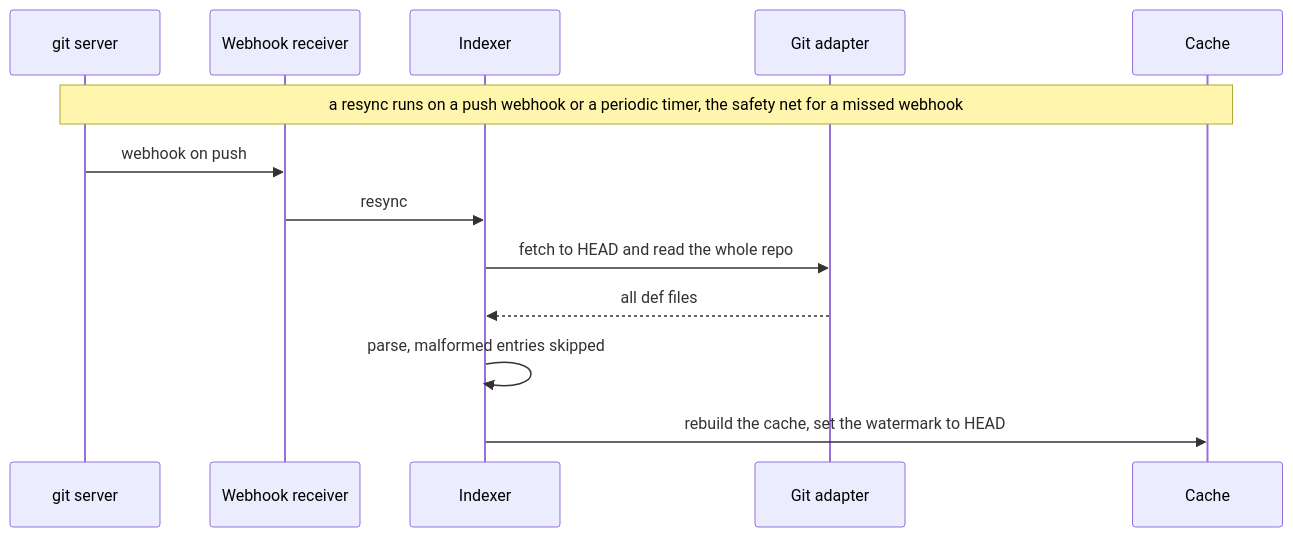
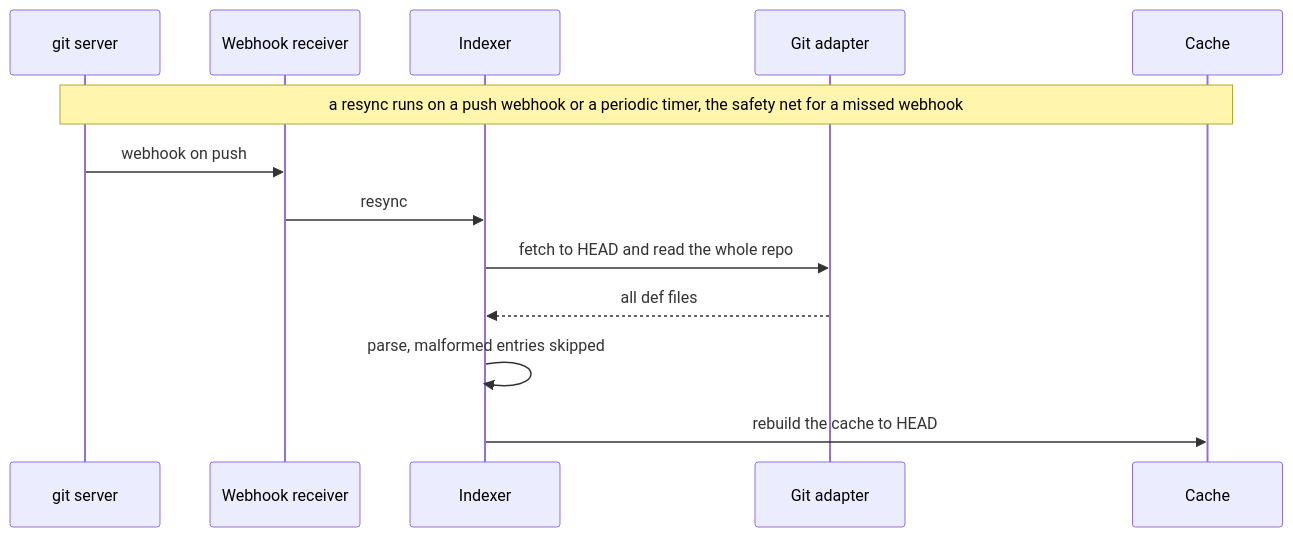
The fourth of 5 diagrams in docs/analysis/app-reg-def-service/design/architecture.md (Netcracker/qubership-envgene), drawn with Mermaid before and after one commit. The commit also changed other lines of this file and 4 other files, not shown here.

````diff
--- a/docs/analysis/app-reg-def-service/design/architecture.md
+++ b/docs/analysis/app-reg-def-service/design/architecture.md
@@ -89,15 +89,15 @@
 ```mermaid
 sequenceDiagram
   participant GS as git server
   participant WR as Webhook receiver
   participant IX as Indexer
   participant GA as Git adapter
   participant Cache
   Note over GS,Cache: a resync runs on a push webhook or a periodic timer, the safety net for a missed webhook
   GS->>WR: webhook on push
   WR->>IX: resync
   IX->>GA: fetch to HEAD and read the whole repo
   GA-->>IX: all def files
   IX->>IX: parse, malformed entries skipped
-  IX->>Cache: rebuild the cache, set the watermark to HEAD
+  IX->>Cache: rebuild the cache to HEAD
 ```
````
